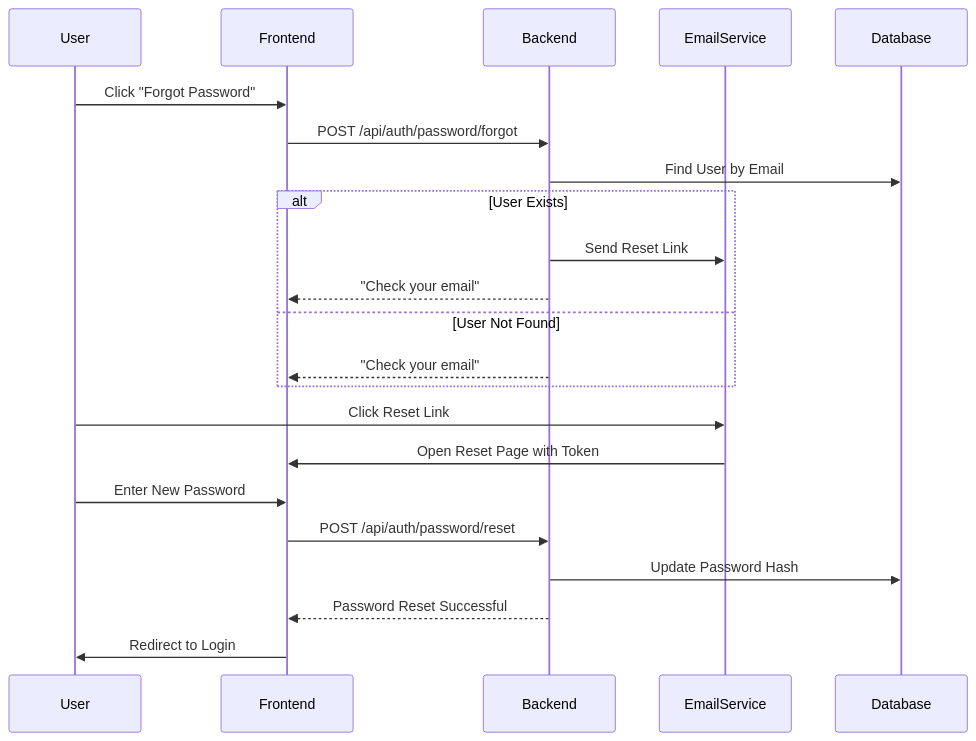
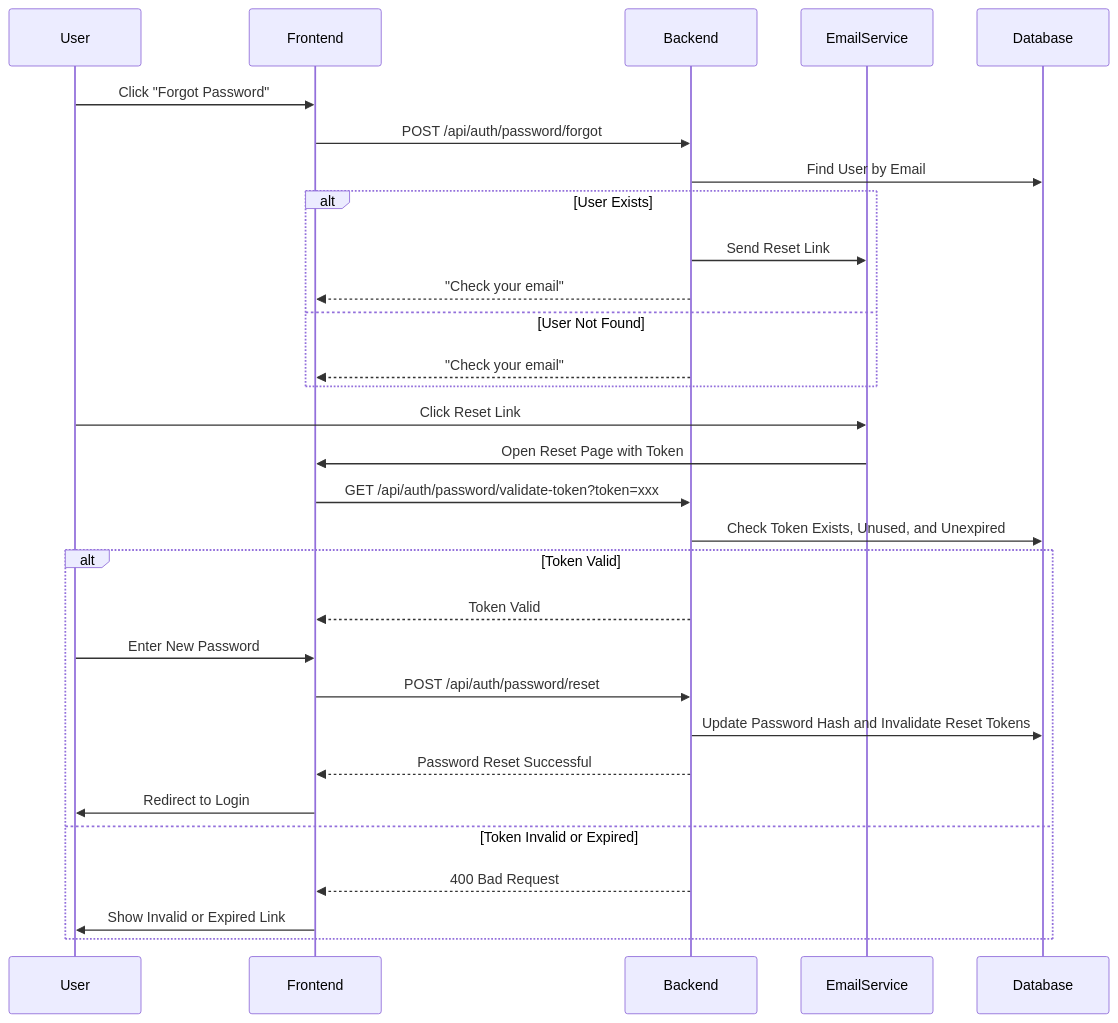
Before and after one commit to HuuLocFIT/EduMind: the fifth of 10 diagrams in docs/workflows/auth_workflows.md, drawn with Mermaid. The commit also changed other lines of this file and 31 other files, not shown here.

````diff
--- a/docs/workflows/auth_workflows.md
+++ b/docs/workflows/auth_workflows.md
@@ -158,26 +163,34 @@
 ```mermaid
 sequenceDiagram
     participant User
     participant Frontend
     participant Backend
     participant EmailService
     participant Database
 
     User->>Frontend: Click "Forgot Password"
     Frontend->>Backend: POST /api/auth/password/forgot
     Backend->>Database: Find User by Email
     alt User Exists
         Backend->>EmailService: Send Reset Link
         Backend-->>Frontend: "Check your email"
     else User Not Found
         Backend-->>Frontend: "Check your email"
     end
     
     User->>EmailService: Click Reset Link
     EmailService->>Frontend: Open Reset Page with Token
-    User->>Frontend: Enter New Password
-    Frontend->>Backend: POST /api/auth/password/reset
-    Backend->>Database: Update Password Hash
-    Backend-->>Frontend: Password Reset Successful
-    Frontend->>User: Redirect to Login
+    Frontend->>Backend: GET /api/auth/password/validate-token?token=xxx
+    Backend->>Database: Check Token Exists, Unused, and Unexpired
+    alt Token Valid
+        Backend-->>Frontend: Token Valid
+        User->>Frontend: Enter New Password
+        Frontend->>Backend: POST /api/auth/password/reset
+        Backend->>Database: Update Password Hash and Invalidate Reset Tokens
+        Backend-->>Frontend: Password Reset Successful
+        Frontend->>User: Redirect to Login
+    else Token Invalid or Expired
+        Backend-->>Frontend: 400 Bad Request
+        Frontend->>User: Show Invalid or Expired Link
+    end
 ```
````
